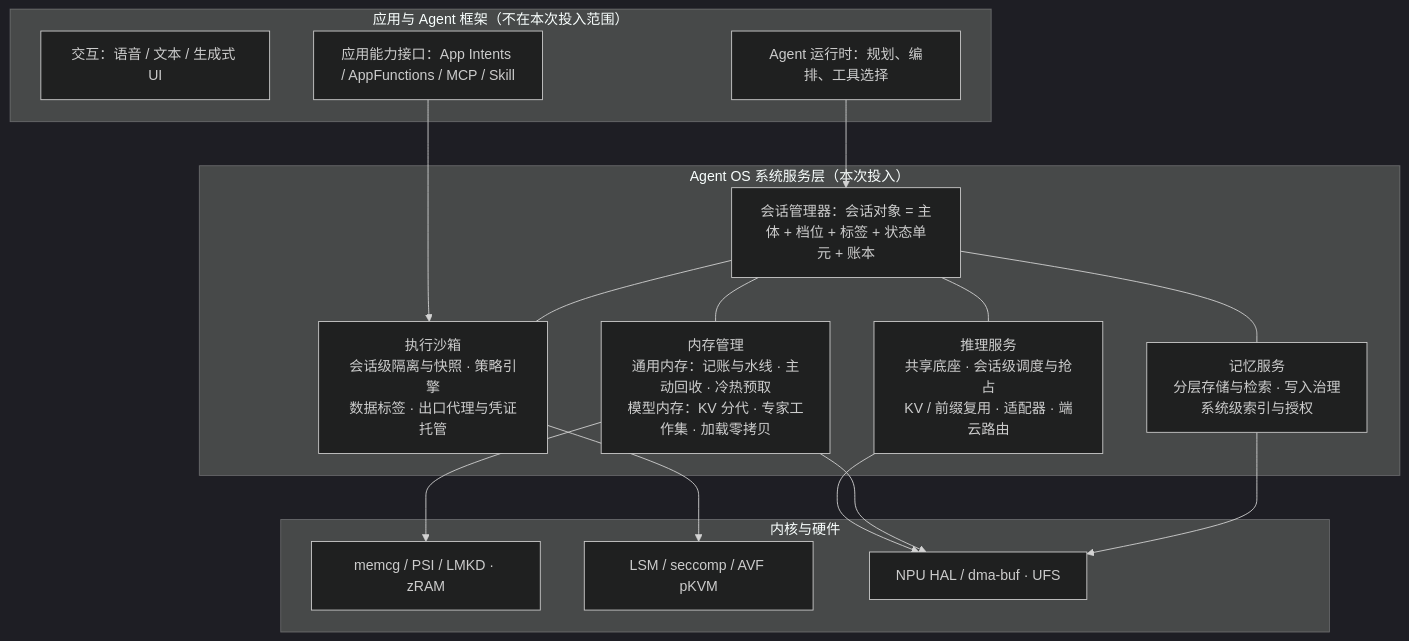
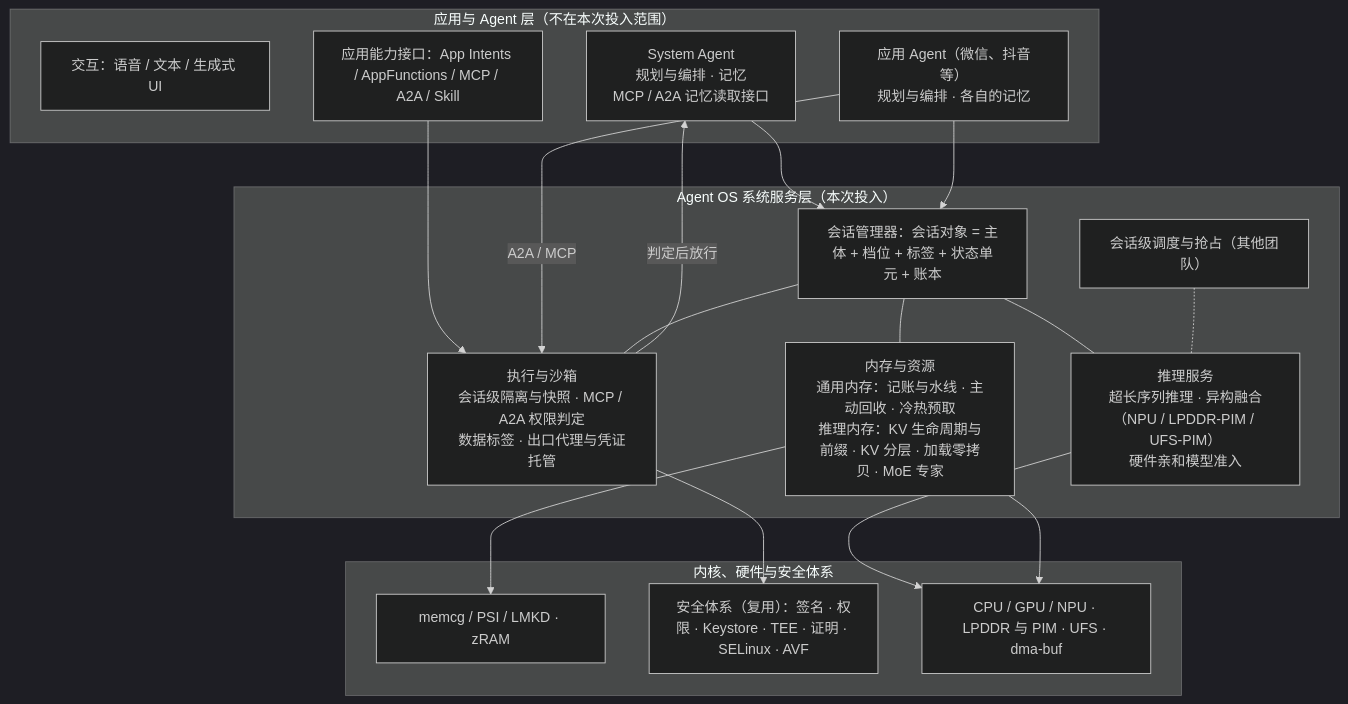
One commit to SiriusBHU/memory_system_architecture_summary changed the diagram in proposals/agentos-components/report/3-架构与关键技术.md. Above: the diagram before and after it, drawn with Mermaid (dark theme). The commit also changed other lines of this file and 88 other files, not shown here.

````diff
--- a/proposals/agentos-components/report/3-架构与关键技术.md
+++ b/proposals/agentos-components/report/3-架构与关键技术.md
@@ -40,27 +42,29 @@
 ```mermaid
 flowchart TB
-    subgraph APP["应用与 Agent 框架（不在本次投入范围）"]
+    subgraph APP["应用与 Agent 层（不在本次投入范围）"]
         A1["交互：语音 / 文本 / 生成式 UI"]
-        A2["Agent 运行时：规划、编排、工具选择"]
-        A3["应用能力接口：App Intents / AppFunctions / MCP / Skill"]
+        SA["System Agent\n规划与编排 · 记忆\nMCP / A2A 记忆读取接口"]
+        AA["应用 Agent（微信、抖音等）\n规划与编排 · 各自的记忆"]
+        A3["应用能力接口：App Intents / AppFunctions / MCP / A2A / Skill"]
     end
     subgraph AOS["Agent OS 系统服务层（本次投入）"]
         SM["会话管理器：会话对象 = 主体 + 档位 + 标签 + 状态单元 + 账本"]
-        INF["推理服务\n共享底座 · 会话级调度与抢占\nKV / 前缀复用 · 适配器 · 端云路由"]
-        SBX["执行沙箱\n会话级隔离与快照 · 策略引擎\n数据标签 · 出口代理与凭证托管"]
-        MEM["记忆服务\n分层存储与检索 · 写入治理\n系统级索引与授权"]
-        MM["内存管理\n通用内存：记账与水线 · 主动回收 · 冷热预取\n模型内存：KV 分代 · 专家工作集 · 加载零拷贝"]
+        INF["推理服务\n超长序列推理 · 异构融合（NPU / LPDDR-PIM / UFS-PIM）\n硬件亲和模型准入"]
+        SBX["执行与沙箱\n会话级隔离与快照 · MCP / A2A 权限判定\n数据标签 · 出口代理与凭证托管"]
+        MM["内存与资源\n通用内存：记账与水线 · 主动回收 · 冷热预取\n推理内存：KV 生命周期与前缀 · KV 分层 · 加载零拷贝 · MoE 专家"]
+        SCH["会话级调度与抢占（其他团队）"]
     end
-    subgraph KER["内核与硬件"]
+    subgraph BASE["内核、硬件与安全体系"]
         K1["memcg / PSI / LMKD · zRAM"]
-        K2["LSM / seccomp / AVF pKVM"]
-        K3["NPU HAL / dma-buf · UFS"]
+        K2["安全体系（复用）：签名 · 权限 · Keystore · TEE · 证明 · SELinux · AVF"]
+        K3["CPU / GPU / NPU · LPDDR 与 PIM · UFS · dma-buf"]
     end
-    A2 --> SM
+    SA & AA --> SM
     A3 --> SBX
-    SM --- INF & SBX & MEM & MM
+    AA -->|"A2A / MCP"| SBX -->|"判定后放行"| SA
+    SM --- INF & SBX & MM
+    SCH -.- INF
     INF --> K3
     SBX --> K2
     MM --> K1 & K3
-    MEM --> K3
 ```
````
